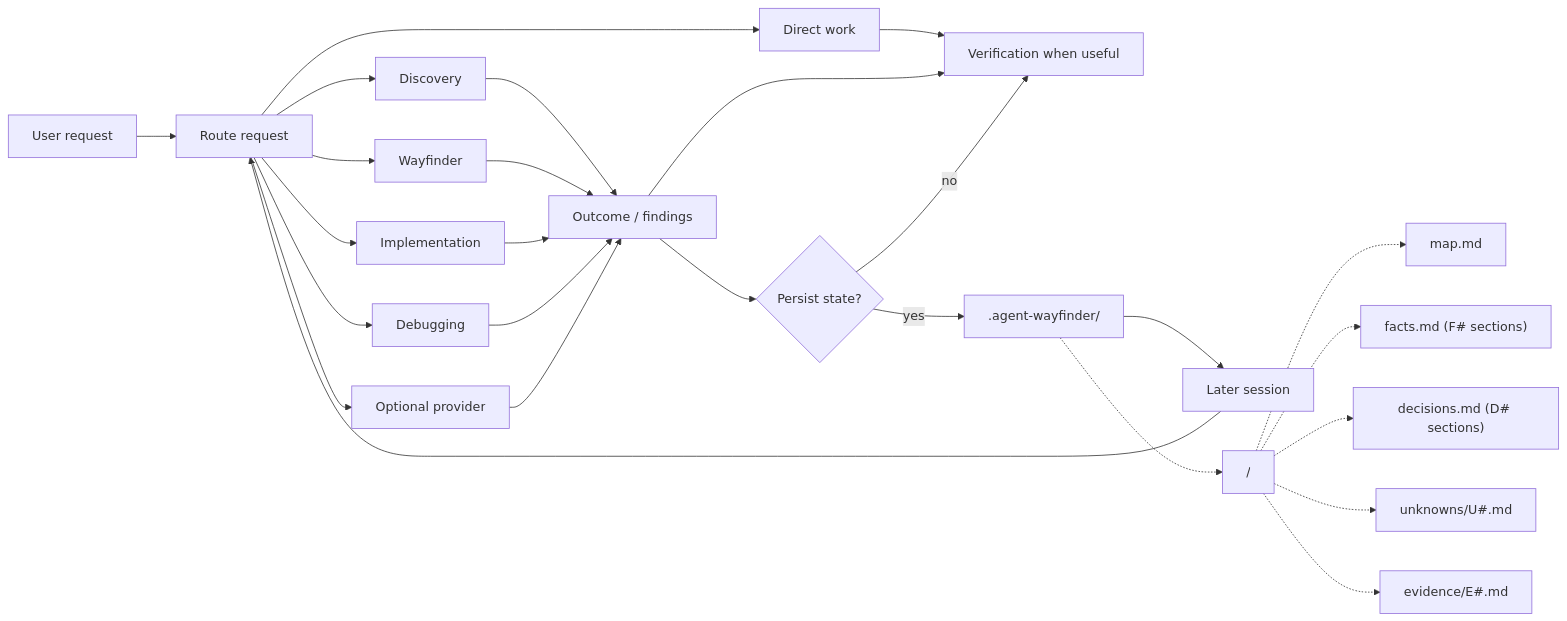
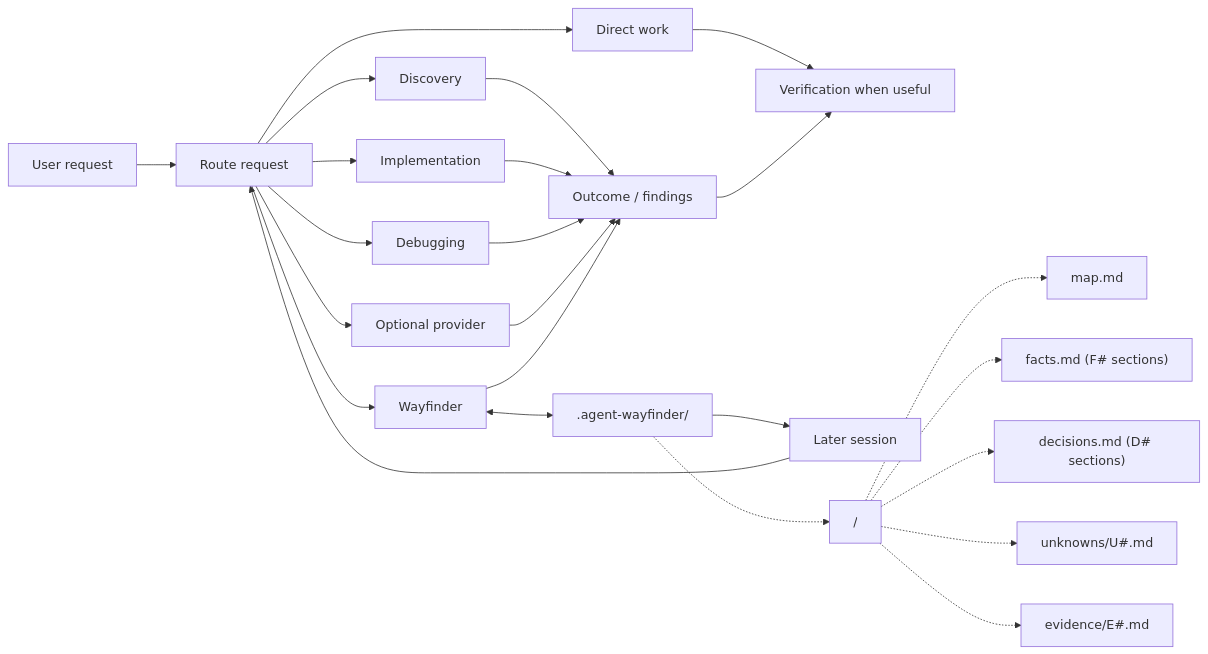
The diagram in README.md (jimmfan/agentic-workflow), drawn with Mermaid before and after one commit. The commit also changed other lines of this file and 170 other files, not shown here.

````diff
--- a/README.md
+++ b/README.md
@@ -112,35 +110,33 @@
 ```mermaid
 flowchart LR
     request["User request"] --> router["Route request"]
 
     router --> direct["Direct work"]
     router --> discovery["Discovery"]
     router --> wayfinder["Wayfinder"]
     router --> implementation["Implementation"]
     router --> debugging["Debugging"]
     router --> provider["Optional provider"]
 
     discovery --> result["Outcome / findings"]
-    wayfinder --> result
     implementation --> result
     debugging --> result
     provider --> result
 
     direct --> verify["Verification when useful"]
     result --> verify
 
-    result --> durable{"Persist state?"}
-    durable -->|no| verify
-    durable -->|yes| state[".agent-wayfinder/"]
+    wayfinder <--> state[".agent-wayfinder/"]
+    wayfinder --> result
 
     state --> resume["Later session"]
     resume --> router
 
     state -.-> wfstate["<stable-effort-slug>/"]
     wfstate -.-> map["map.md"]
     wfstate -.-> facts["facts.md (F# sections)"]
     wfstate -.-> decisions["decisions.md (D# sections)"]
     wfstate -.-> unknowns["unknowns/U#.md"]
     wfstate -.-> evidence["evidence/E#.md"]
 
 ```
````
